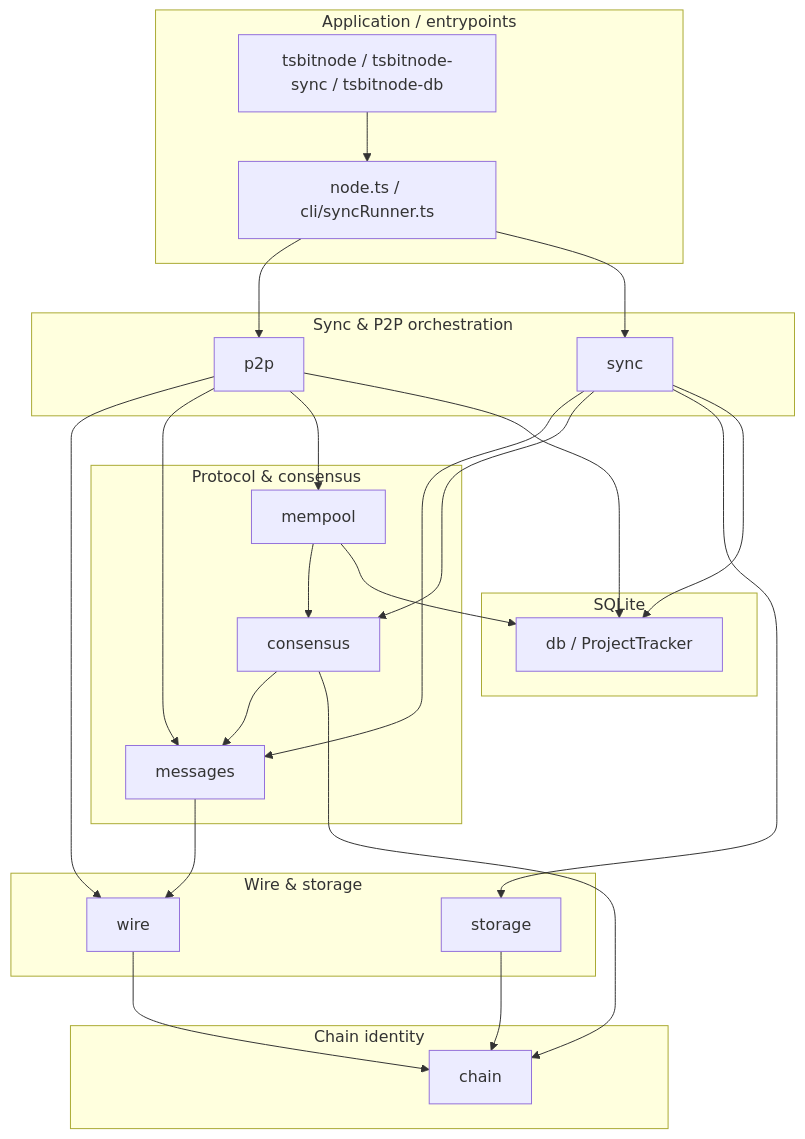
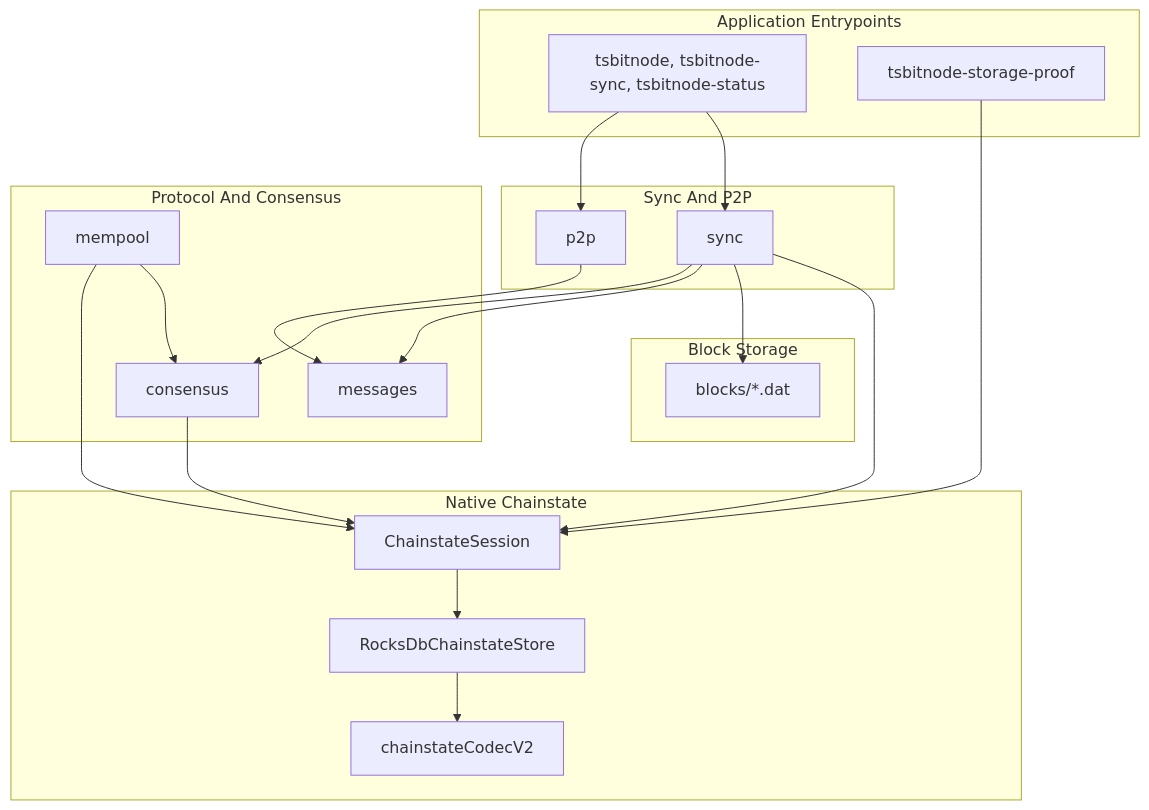
One commit to donavonguyot/rosetta-bitcoin changed the diagram in Nodes/TypeScript/docs/ARCHITECTURE.md. Above: the diagram before and after it, drawn with Mermaid. The commit also changed other lines of this file and 88 other files, not shown here.

Commit message:
Standardize native chainstate naming.

````diff
--- a/Nodes/TypeScript/docs/ARCHITECTURE.md
+++ b/Nodes/TypeScript/docs/ARCHITECTURE.md
@@ -32,50 +28,42 @@
 ```mermaid
 flowchart TB
-    subgraph app["Application / entrypoints"]
-        CLI[tsbitnode / tsbitnode-sync / tsbitnode-db]
-        Node[node.ts / cli/syncRunner.ts]
+    subgraph app [Application Entrypoints]
+        CLI["tsbitnode, tsbitnode-sync, tsbitnode-status"]
+        Proof["tsbitnode-storage-proof"]
     end
 
-    subgraph sync_p2p["Sync & P2P orchestration"]
+    subgraph chainstate [Native Chainstate]
+        Session["ChainstateSession"]
+        Rocks["RocksDbChainstateStore"]
+        Codec["chainstateCodecV2"]
+    end
+
+    subgraph syncP2p [Sync And P2P]
         P2P[p2p]
         Sync[sync]
     end
 
-    subgraph domain["Protocol & consensus"]
+    subgraph consensus [Protocol And Consensus]
         Msg[messages]
         Cons[consensus]
         Mpool[mempool]
     end
 
-    subgraph io["Wire & storage"]
-        Wire[wire]
-        Sto[storage]
+    subgraph storage [Block Storage]
+        Blocks["blocks/*.dat"]
     end
 
-    subgraph params["Chain identity"]
-        Chain[chain]
-    end
-
-    subgraph persist["SQLite"]
-        DB[db / ProjectTracker]
-    end
-
-    CLI --> Node
-    Node --> P2P
-    Node --> Sync
-    P2P --> Wire
+    CLI --> Sync
+    CLI --> P2P
+    Proof --> Session
+    Sync --> Session
+    Sync --> Blocks
     P2P --> Msg
     Sync --> Msg
     Sync --> Cons
-    Sync --> Sto
-    P2P --> Mpool
+    Cons --> Session
     Mpool --> Cons
-    Mpool --> DB
-    Sync --> DB
-    P2P --> DB
-    Msg --> Wire
-    Cons --> Msg
-    Cons --> Chain
-    Sto --> Chain
-    Wire --> Chain
+    Mpool --> Session
+    Session --> Rocks
+    Rocks --> Codec
 ```
````
